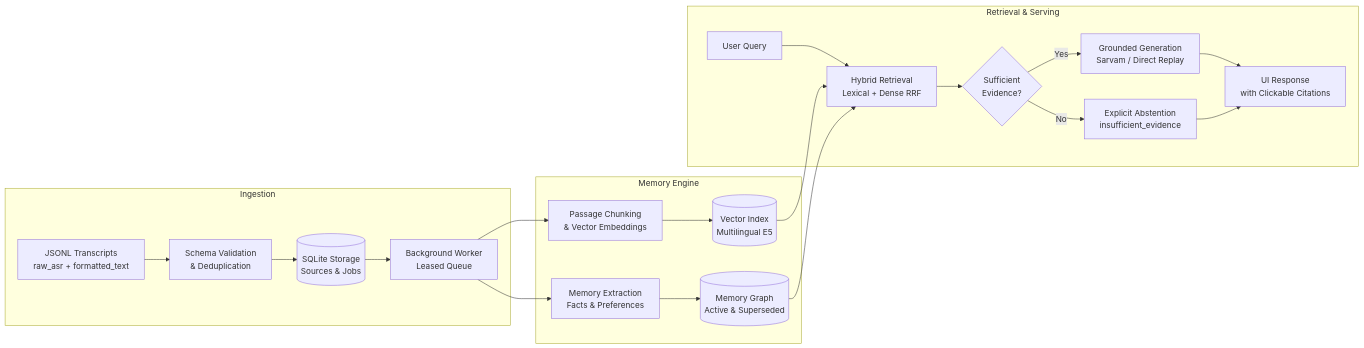
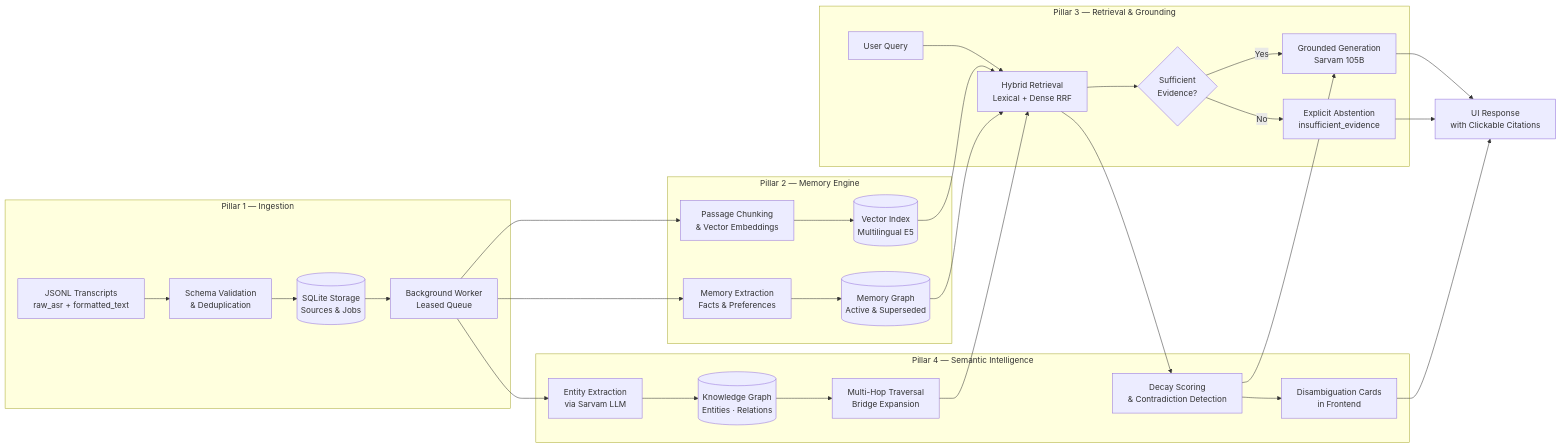
The diagram in README.md (na24b030-eng/hey-kivi-sarvam), drawn with Mermaid before and after one commit. The commit also changed other lines of this file and 9 other files, not shown here.

````diff
--- a/README.md
+++ b/README.md
@@ -27,26 +33,38 @@
 ```mermaid
 flowchart LR
-    subgraph Ingestion
-        A[JSONL Transcripts\nraw_asr + formatted_text] --> B[Schema Validation\n& Deduplication]
-        B --> C[(SQLite Storage\nSources & Jobs)]
-        C --> D[Background Worker\nLeased Queue]
+    subgraph "Pillar 1 — Ingestion"
+        A["JSONL Transcripts\nraw_asr + formatted_text"] --> B["Schema Validation\n& Deduplication"]
+        B --> C[("SQLite Storage\nSources & Jobs")]
+        C --> D["Background Worker\nLeased Queue"]
     end
 
-    subgraph Memory Engine
-        D --> E[Passage Chunking\n& Vector Embeddings]
-        D --> F[Memory Extraction\nFacts & Preferences]
-        E --> G[(Vector Index\nMultilingual E5)]
-        F --> H[(Memory Graph\nActive & Superseded)]
+    subgraph "Pillar 2 — Memory Engine"
+        D --> E["Passage Chunking\n& Vector Embeddings"]
+        D --> F["Memory Extraction\nFacts & Preferences"]
+        E --> G[("Vector Index\nMultilingual E5")]
+        F --> H[("Memory Graph\nActive & Superseded")]
     end
 
-    subgraph Retrieval & Serving
-        I[User Query] --> J[Hybrid Retrieval\nLexical + Dense RRF]
+    subgraph "Pillar 3 — Retrieval & Grounding"
+        I["User Query"] --> J["Hybrid Retrieval\nLexical + Dense RRF"]
         G --> J
         H --> J
-        J --> K{Sufficient\nEvidence?}
-        K -->|Yes| L[Grounded Generation\nSarvam / Direct Replay]
-        K -->|No| M[Explicit Abstention\ninsufficient_evidence]
-        L --> N[UI Response\nwith Clickable Citations]
-        M --> N
+        J --> K{"Sufficient\nEvidence?"}
+        K -->|Yes| L["Grounded Generation\nSarvam 105B"]
+        K -->|No| M["Explicit Abstention\ninsufficient_evidence"]
     end
+
+    subgraph "Pillar 4 — Semantic Intelligence"
+        D --> S["Entity Extraction\nvia Sarvam LLM"]
+        S --> T[("Knowledge Graph\nEntities · Relations")]
+        T --> U["Multi-Hop Traversal\nBridge Expansion"]
+        U --> J
+        J --> V["Decay Scoring\n& Contradiction Detection"]
+        V --> L
+        V --> W["Disambiguation Cards\nin Frontend"]
+    end
+
+    L --> N["UI Response\nwith Clickable Citations"]
+    M --> N
+    W --> N
 ```
````
